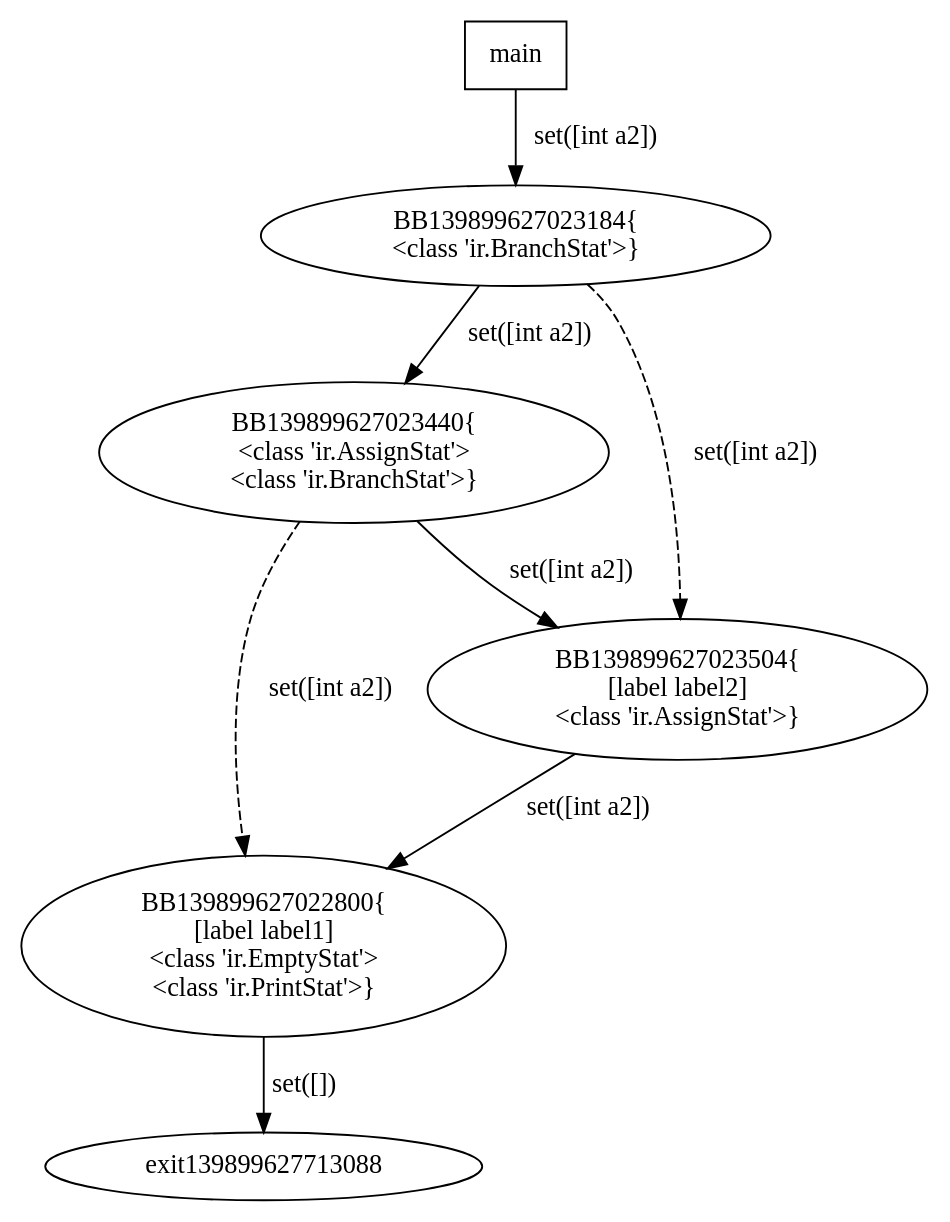
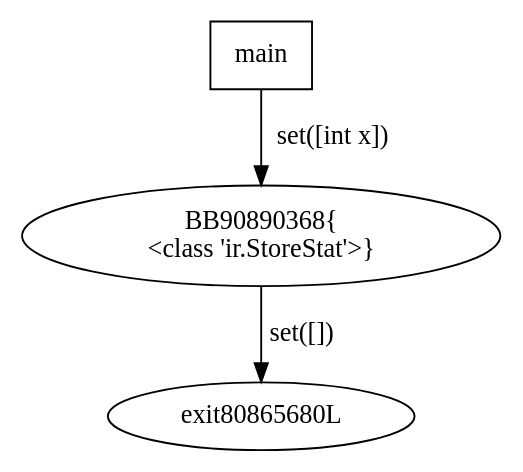
Before and after one commit to AloveIs/COT_lab: the diagram in cfg.dot, drawn with Graphviz. The commit also changed 14 other files, not shown here.

Commit message:
Completed the generation of lowering functions for the BinExpr and for the AssignStat.

```diff
--- a/cfg.dot
+++ b/cfg.dot
@@ -1,14 +1,6 @@
 digraph G {
-139899627023184 [label="BB139899627023184{\n<class 'ir.BranchStat'>}"];
-139899627023184 -> 139899627023440 [label="set([int a2])"];
-139899627023184 -> 139899627023504 [style=dashed,label="set([int a2])"];
-139899627023440 [label="BB139899627023440{\n<class 'ir.AssignStat'>\n<class 'ir.BranchStat'>}"];
-139899627023440 -> 139899627023504 [label="set([int a2])"];
-139899627023440 -> 139899627022800 [style=dashed,label="set([int a2])"];
-139899627023504 [label="BB139899627023504{\n[label label2]\n<class 'ir.AssignStat'>}"];
-139899627023504 -> 139899627022800 [label="set([int a2])"];
-139899627022800 [label="BB139899627022800{\n[label label1]\n<class 'ir.EmptyStat'>\n<class 'ir.PrintStat'>}"];
-139899627022800 -> exit139899627713088 [label="set([])"];
+90890368 [label="BB90890368{\n<class 'ir.StoreStat'>}"];
+90890368 -> exit80865680L [label="set([])"];
 main [shape=box];
-main -> 139899627023184 [label="set([int a2])"];
+main -> 90890368 [label="set([int x])"];
 }
```
